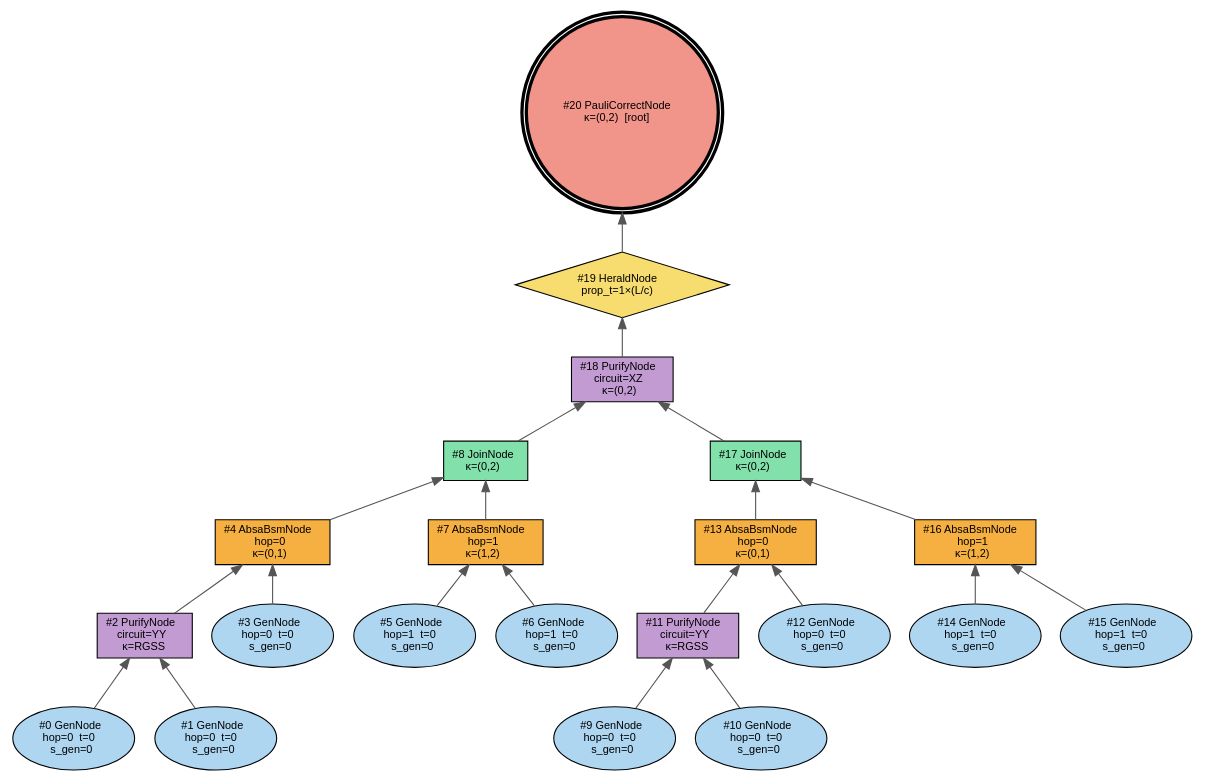
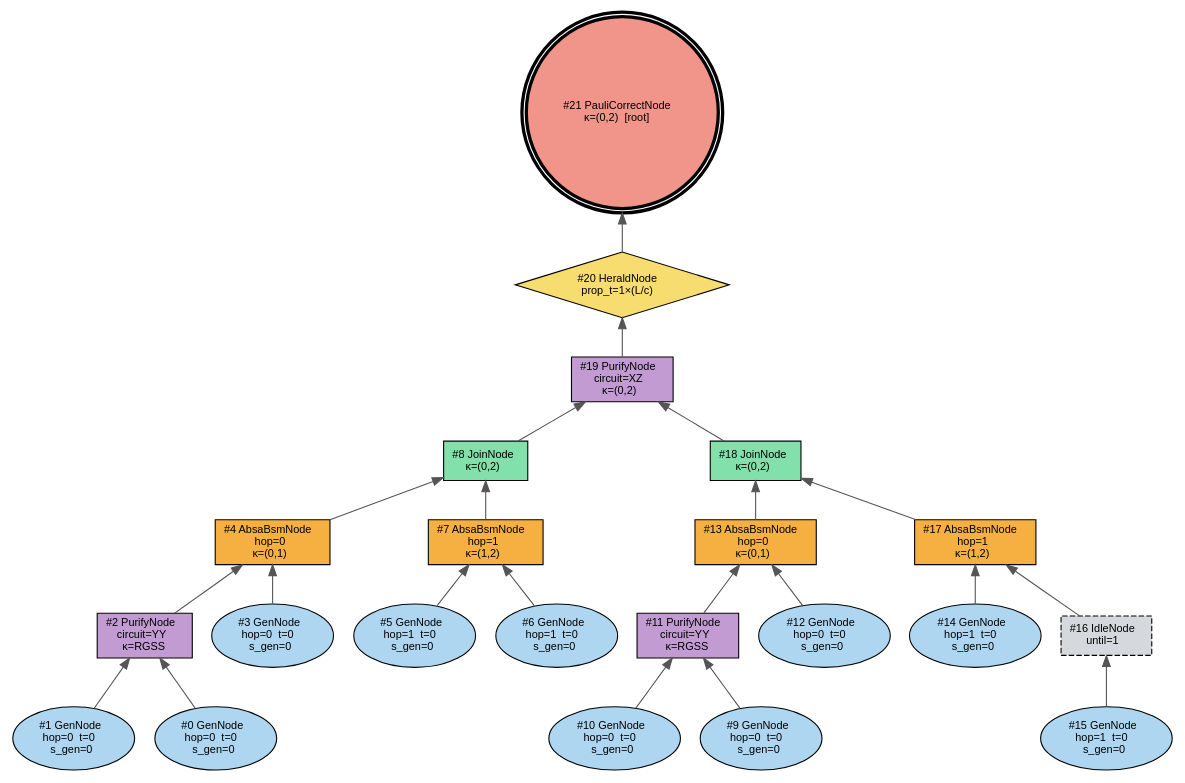
One commit to EliottFlechtner/entanglement-purification-scheduler changed the diagram in outputs/worked_example_n2/dag.dot. Above: the diagram before and after it, drawn with Graphviz. The commit also changed 5 other files, not shown here.

Commit message:
feat: add IdleNode for synchronization in N=2 example and update visualizations

```diff
--- a/outputs/worked_example_n2/dag.dot
+++ b/outputs/worked_example_n2/dag.dot
@@ -1,46 +1,48 @@
 digraph Sigma_N2_example {
     rankdir="BT";
     node [fontname="Helvetica", fontsize=10];
     edge [fontname="Helvetica", fontsize=9, color="#555555"];
     n0 [label=<#0 GenNode<BR/>hop=0  t=0<BR/>s_gen=0>, shape=ellipse, style="filled", fillcolor="#AED6F1", penwidth=1];
     n1 [label=<#1 GenNode<BR/>hop=0  t=0<BR/>s_gen=0>, shape=ellipse, style="filled", fillcolor="#AED6F1", penwidth=1];
     n2 [label=<#2 PurifyNode<BR/>circuit=YY<BR/>κ=RGSS>, shape=box, style="filled", fillcolor="#C39BD3", penwidth=1];
     n3 [label=<#3 GenNode<BR/>hop=0  t=0<BR/>s_gen=0>, shape=ellipse, style="filled", fillcolor="#AED6F1", penwidth=1];
     n4 [label=<#4 AbsaBsmNode<BR/>hop=0<BR/>κ=(0,1)>, shape=box, style="filled", fillcolor="#F5B041", penwidth=1];
     n5 [label=<#5 GenNode<BR/>hop=1  t=0<BR/>s_gen=0>, shape=ellipse, style="filled", fillcolor="#AED6F1", penwidth=1];
     n6 [label=<#6 GenNode<BR/>hop=1  t=0<BR/>s_gen=0>, shape=ellipse, style="filled", fillcolor="#AED6F1", penwidth=1];
     n7 [label=<#7 AbsaBsmNode<BR/>hop=1<BR/>κ=(1,2)>, shape=box, style="filled", fillcolor="#F5B041", penwidth=1];
     n8 [label=<#8 JoinNode<BR/>κ=(0,2)>, shape=box, style="filled", fillcolor="#82E0AA", penwidth=1];
     n9 [label=<#9 GenNode<BR/>hop=0  t=0<BR/>s_gen=0>, shape=ellipse, style="filled", fillcolor="#AED6F1", penwidth=1];
     n10 [label=<#10 GenNode<BR/>hop=0  t=0<BR/>s_gen=0>, shape=ellipse, style="filled", fillcolor="#AED6F1", penwidth=1];
     n11 [label=<#11 PurifyNode<BR/>circuit=YY<BR/>κ=RGSS>, shape=box, style="filled", fillcolor="#C39BD3", penwidth=1];
     n12 [label=<#12 GenNode<BR/>hop=0  t=0<BR/>s_gen=0>, shape=ellipse, style="filled", fillcolor="#AED6F1", penwidth=1];
     n13 [label=<#13 AbsaBsmNode<BR/>hop=0<BR/>κ=(0,1)>, shape=box, style="filled", fillcolor="#F5B041", penwidth=1];
     n14 [label=<#14 GenNode<BR/>hop=1  t=0<BR/>s_gen=0>, shape=ellipse, style="filled", fillcolor="#AED6F1", penwidth=1];
     n15 [label=<#15 GenNode<BR/>hop=1  t=0<BR/>s_gen=0>, shape=ellipse, style="filled", fillcolor="#AED6F1", penwidth=1];
-    n16 [label=<#16 AbsaBsmNode<BR/>hop=1<BR/>κ=(1,2)>, shape=box, style="filled", fillcolor="#F5B041", penwidth=1];
-    n17 [label=<#17 JoinNode<BR/>κ=(0,2)>, shape=box, style="filled", fillcolor="#82E0AA", penwidth=1];
-    n18 [label=<#18 PurifyNode<BR/>circuit=XZ<BR/>κ=(0,2)>, shape=box, style="filled", fillcolor="#C39BD3", penwidth=1];
-    n19 [label=<#19 HeraldNode<BR/>prop_t=1×(L/c)>, shape=diamond, style="filled", fillcolor="#F7DC6F", penwidth=1];
-    n20 [label=<#20 PauliCorrectNode<BR/>κ=(0,2)  [root]>, shape=doublecircle, style="filled", fillcolor="#F1948A", penwidth=3];
+    n16 [label=<#16 IdleNode<BR/>until=1>, shape=box, style="filled,dashed", fillcolor="#D5D8DC", penwidth=1];
+    n17 [label=<#17 AbsaBsmNode<BR/>hop=1<BR/>κ=(1,2)>, shape=box, style="filled", fillcolor="#F5B041", penwidth=1];
+    n18 [label=<#18 JoinNode<BR/>κ=(0,2)>, shape=box, style="filled", fillcolor="#82E0AA", penwidth=1];
+    n19 [label=<#19 PurifyNode<BR/>circuit=XZ<BR/>κ=(0,2)>, shape=box, style="filled", fillcolor="#C39BD3", penwidth=1];
+    n20 [label=<#20 HeraldNode<BR/>prop_t=1×(L/c)>, shape=diamond, style="filled", fillcolor="#F7DC6F", penwidth=1];
+    n21 [label=<#21 PauliCorrectNode<BR/>κ=(0,2)  [root]>, shape=doublecircle, style="filled", fillcolor="#F1948A", penwidth=3];
     n0 -> n2;
     n1 -> n2;
     n2 -> n4;
     n3 -> n4;
     n5 -> n7;
     n6 -> n7;
     n4 -> n8;
     n7 -> n8;
     n9 -> n11;
     n10 -> n11;
     n11 -> n13;
     n12 -> n13;
-    n14 -> n16;
     n15 -> n16;
-    n13 -> n17;
+    n14 -> n17;
     n16 -> n17;
-    n8 -> n18;
+    n13 -> n18;
     n17 -> n18;
+    n8 -> n19;
     n18 -> n19;
     n19 -> n20;
+    n20 -> n21;
 }
```
